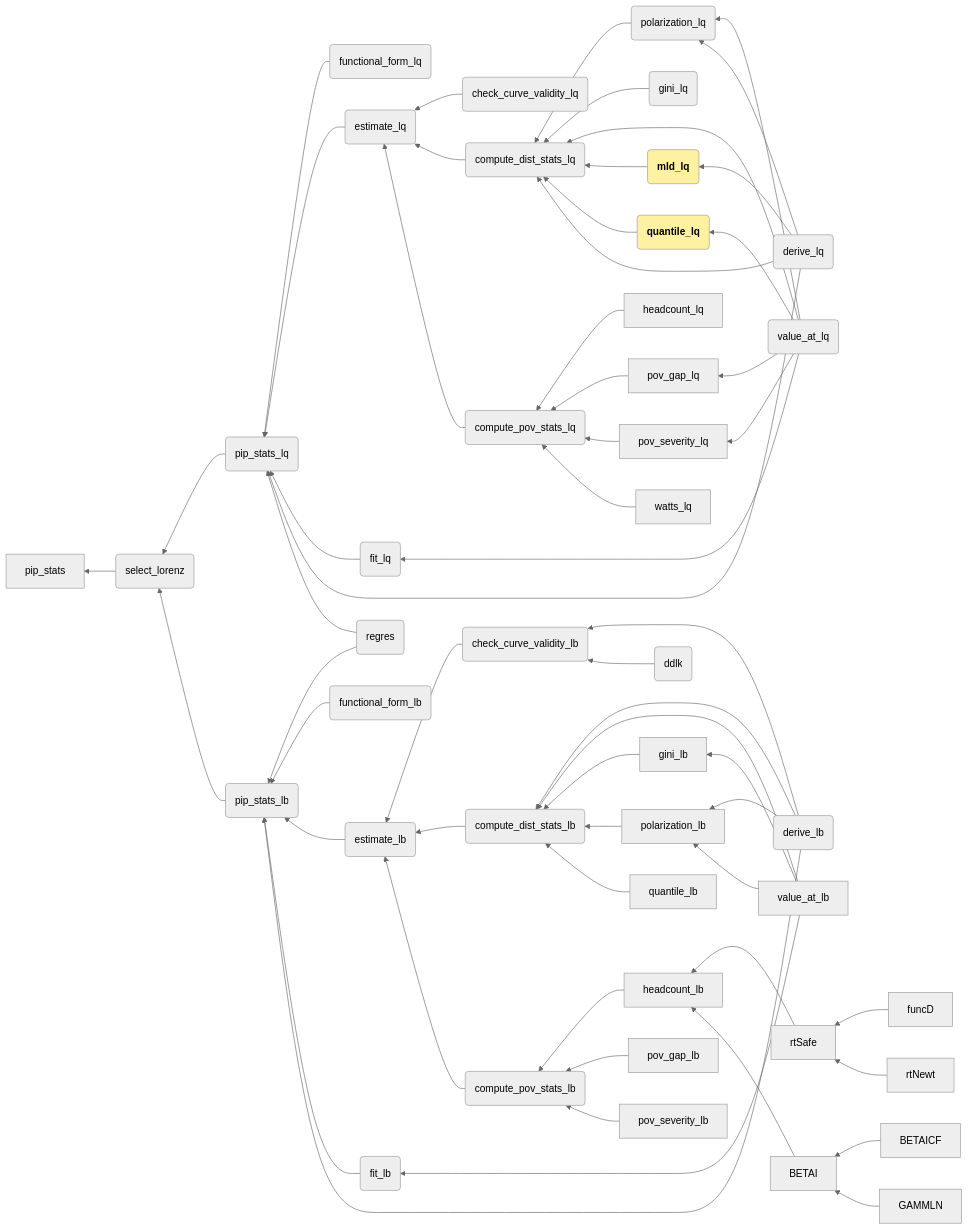
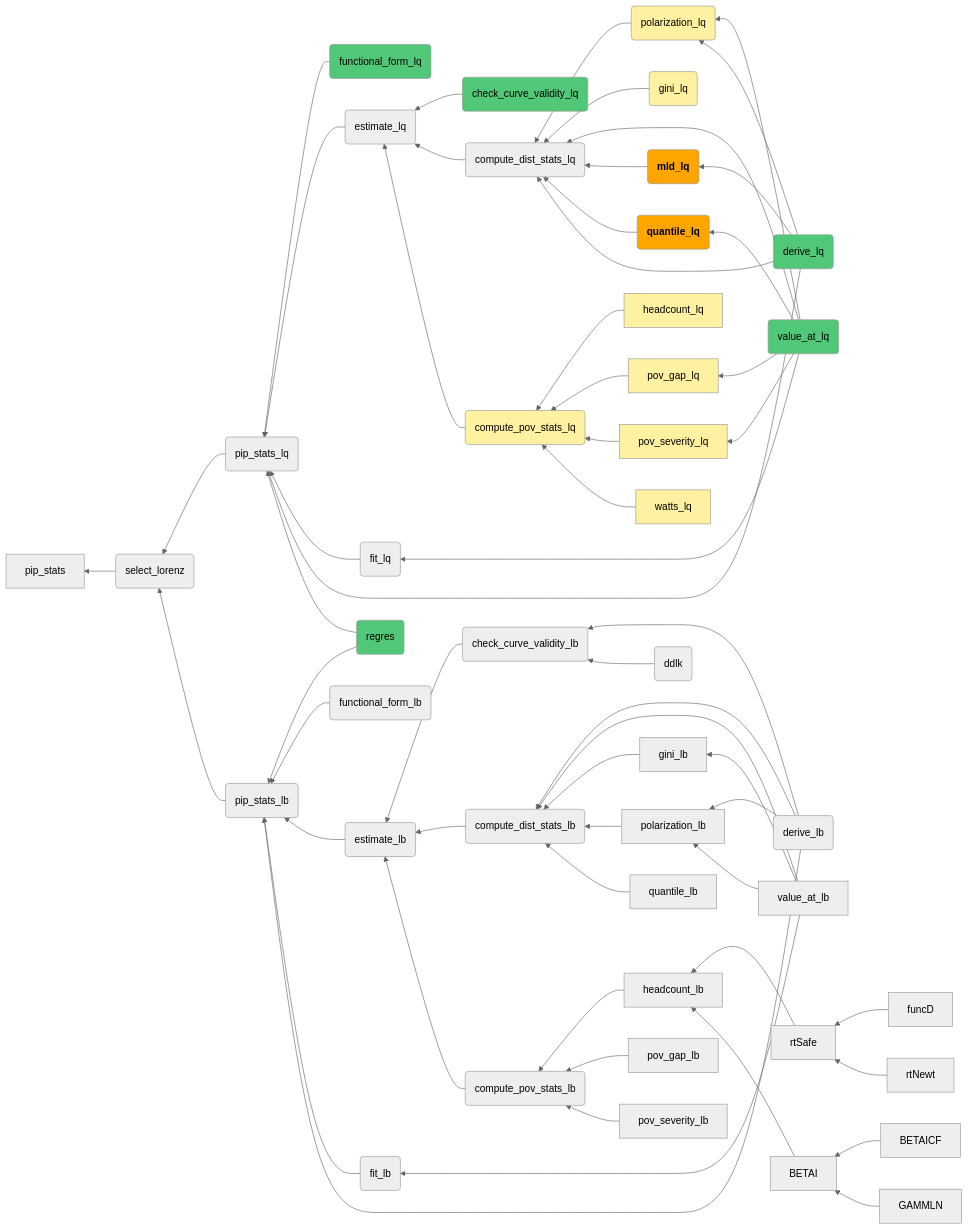
The diagram in wbpip_gd_doc.qmd (dana89co/pip_utilities), drawn with Mermaid (neutral theme) before and after one commit.

Commit message:
Change colors on mermaid

````diff
--- a/wbpip_gd_doc.qmd
+++ b/wbpip_gd_doc.qmd
@@ -89,8 +89,19 @@
     value_at_lq --> pov_severity_lq
     value_at_lq --> fit_lq
     
-    
-    style quantile_lq fill:#FFF1A2
-    style mld_lq fill:#FFF1A2
+    style derive_lq fill: #50C878
+    style value_at_lq fill: #50C878
+    style check_val fill: #50C878
+    style form_lq fill: #50C878
+    style regres fill: #50C878
+    style gini_lq fill: #FFF1A2
+    style polarization_lq fill: #FFF1A2
+    style quantile_lq fill: #FFA500
+    style mld_lq fill: #FFA500
+    style comp_pov_lq fill: #FFF1A2 
+    style headcount_lq fill: #FFF1A2 
+    style pov_gap_lq fill: #FFF1A2
+    style pov_severity_lq fill: #FFF1A2
+    style watts_lq fill: #FFF1A2
 
 ```
````
